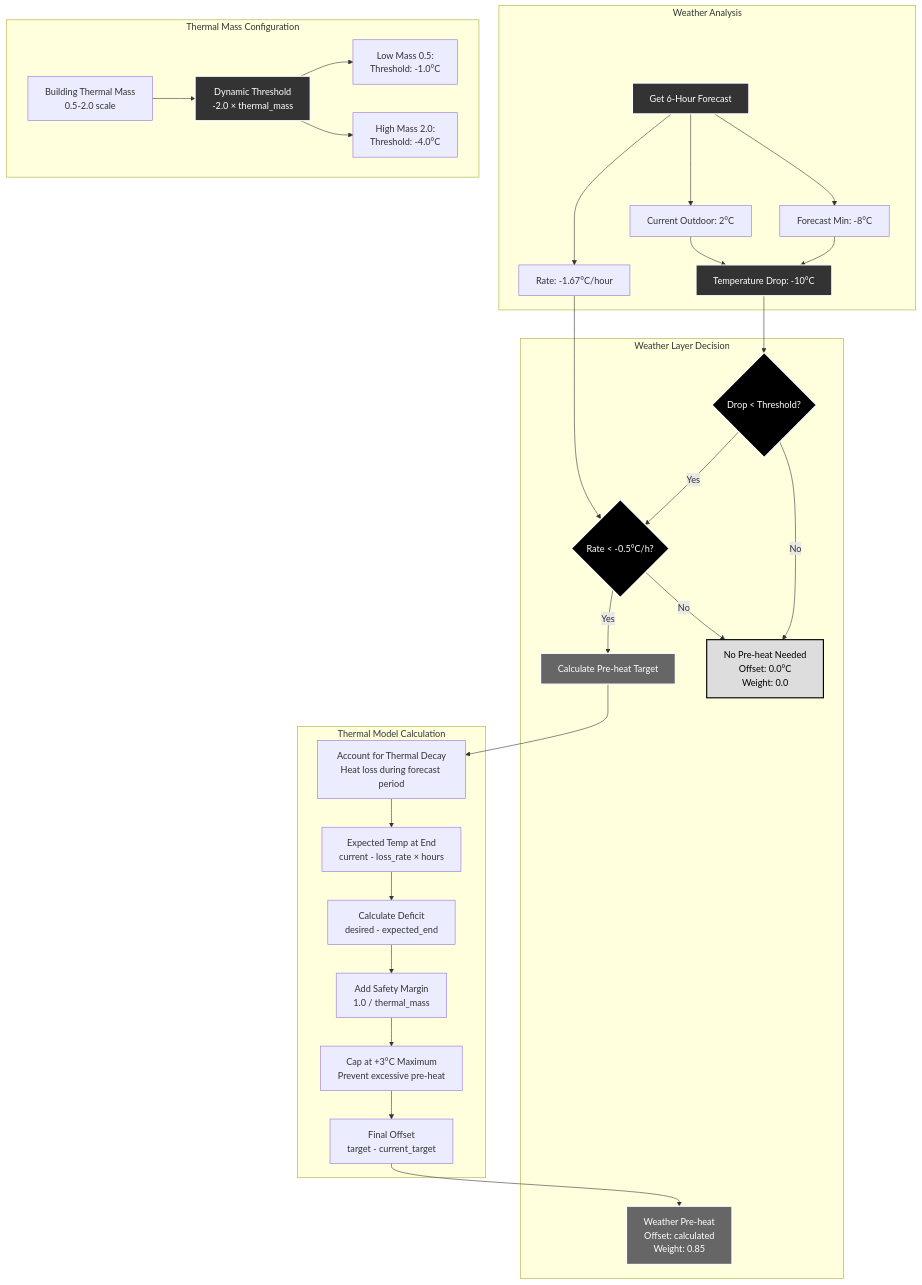
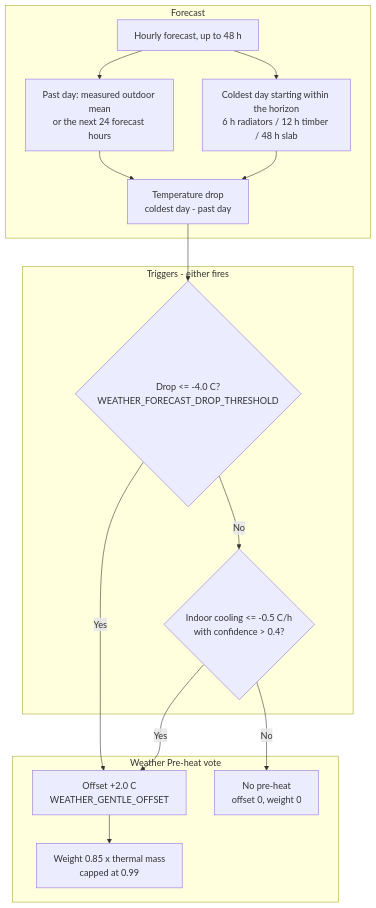
The diagram in docs/architecture/04_weather_preheating.md (enoch85/EffektGuard), drawn with Mermaid before and after one commit. The commit also changed other lines of this file and 32 other files, not shown here.

````diff
--- a/docs/architecture/04_weather_preheating.md
+++ b/docs/architecture/04_weather_preheating.md
@@ -5,72 +6,31 @@
 ```mermaid
 flowchart TD
-    subgraph "Weather Analysis"
-        A[Get 6-Hour Forecast]
-        B[Current Outdoor: 2°C]
-        C[Forecast Min: -8°C]
-        D[Temperature Drop: -10°C]
-        E[Rate: -1.67°C/hour]
+    subgraph "Forecast"
+        A[Hourly forecast, up to 48 h]
+        B[Past day: measured outdoor mean<br/>or the next 24 forecast hours]
+        C[Coldest day starting within the horizon<br/>6 h radiators / 12 h timber / 48 h slab]
+        D[Temperature drop<br/>coldest day - past day]
     end
 
-    subgraph "Thermal Mass Configuration"
-        F[Building Thermal Mass<br/>0.5-2.0 scale]
-        G[Dynamic Threshold<br/>-2.0 × thermal_mass]
-        H[Low Mass 0.5:<br/>Threshold: -1.0°C]
-        I[High Mass 2.0:<br/>Threshold: -4.0°C]
+    subgraph "Triggers - either fires"
+        E{Drop <= -4.0 C?<br/>WEATHER_FORECAST_DROP_THRESHOLD}
+        F{Indoor cooling <= -0.5 C/h<br/>with confidence > 0.4?}
     end
 
-    subgraph "Weather Layer Decision"
-        J{Drop < Threshold?}
-        K{Rate < -0.5°C/h?}
-        L[Calculate Pre-heat Target]
-        M[Weather Pre-heat<br/>Offset: calculated<br/>Weight: 0.85]
-        N[No Pre-heat Needed<br/>Offset: 0.0°C<br/>Weight: 0.0]
+    subgraph "Weather Pre-heat vote"
+        G[Offset +2.0 C<br/>WEATHER_GENTLE_OFFSET]
+        H[Weight 0.85 x thermal mass<br/>capped at 0.99]
+        N[No pre-heat<br/>offset 0, weight 0]
     end
 
-    subgraph "Thermal Model Calculation"
-        O[Account for Thermal Decay<br/>Heat loss during forecast period]
-        P[Expected Temp at End<br/>current - loss_rate × hours]
-        Q[Calculate Deficit<br/>desired - expected_end]
-        R[Add Safety Margin<br/>1.0 / thermal_mass]
-        S[Cap at +3°C Maximum<br/>Prevent excessive pre-heat]
-        T[Final Offset<br/>target - current_target]
-    end
-
-    %% Flow
     A --> B
     A --> C
     B --> D
     C --> D
-    A --> E
-    
-    F --> G
+    D --> E
+    E -->|Yes| G
+    E -->|No| F
+    F -->|Yes| G
+    F -->|No| N
     G --> H
-    G --> I
-    
-    D --> J
-    E --> K
-    J -->|Yes| K
-    K -->|Yes| L
-    K -->|No| N
-    J -->|No| N
-    
-    L --> O
-    O --> P
-    P --> Q
-    Q --> R
-    R --> S
-    S --> T
-    T --> M
-
-    %% Styling
-    style A fill:#333,stroke:#fff,stroke-width:2px,color:#fff
-    style D fill:#333,stroke:#fff,stroke-width:2px,color:#fff
-    style G fill:#333,stroke:#fff,stroke-width:2px,color:#fff
-    
-    style J fill:#000,stroke:#fff,stroke-width:2px,color:#fff
-    style K fill:#000,stroke:#fff,stroke-width:2px,color:#fff
-    
-    style L fill:#666,stroke:#fff,stroke-width:2px,color:#fff
-    style M fill:#666,stroke:#fff,stroke-width:2px,color:#fff
-    style N fill:#ddd,stroke:#000,stroke-width:2px,color:#000
 ```
````
